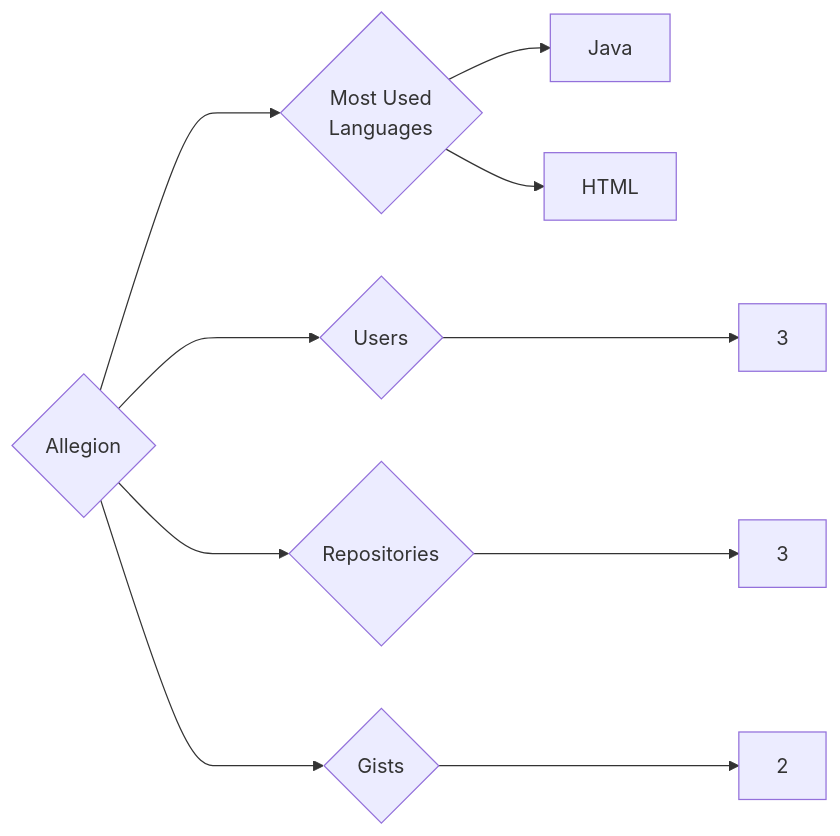
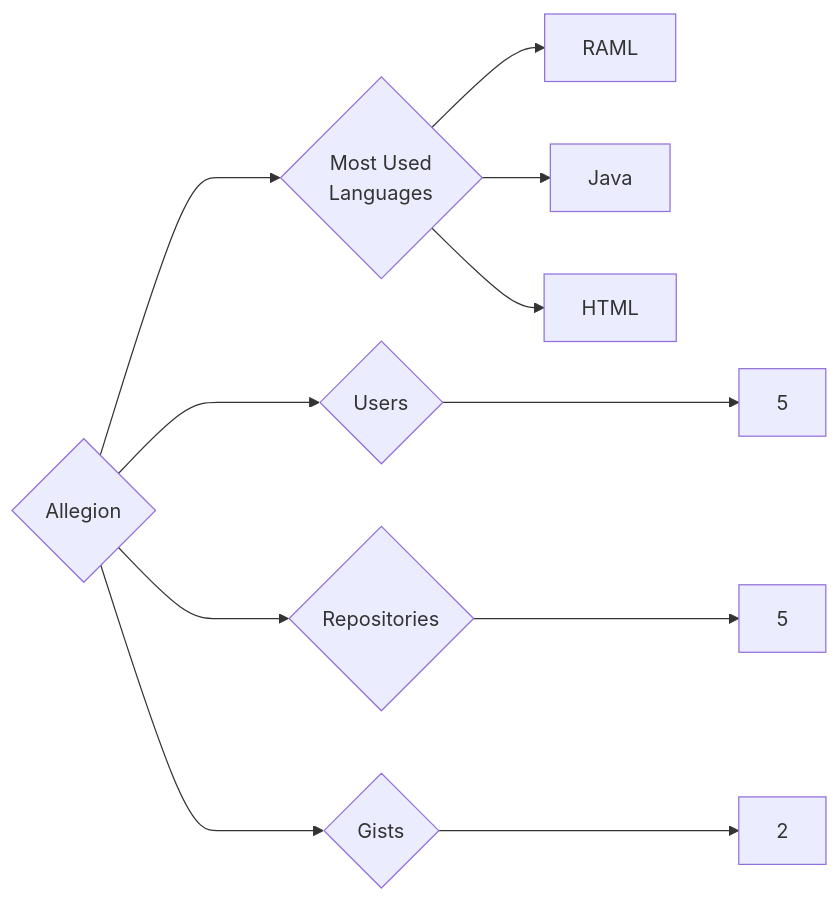
Before and after one commit to trickest/insiders: the diagram in targets/Allegion/README.md, drawn with Mermaid. The commit also changed 1092 other files, not shown here.

````diff
--- a/targets/Allegion/README.md
+++ b/targets/Allegion/README.md
@@ -3,10 +3,11 @@
 ```mermaid
 graph LR
 COMPANY_NAME{Allegion}
-COMPANY_NAME ---> U{Users} ---> UN[3]
-COMPANY_NAME ---> R{Repositories} ---> RN[3]
+COMPANY_NAME ---> U{Users} ---> UN[5]
+COMPANY_NAME ---> R{Repositories} ---> RN[5]
 COMPANY_NAME ---> G{Gists} ---> GN[2]
 COMPANY_NAME ---> ML{Most Used<br>Languages}
+ML --> RAML[RAML]
 ML --> Java[Java]
 ML --> HTML[HTML]
 ```
````
